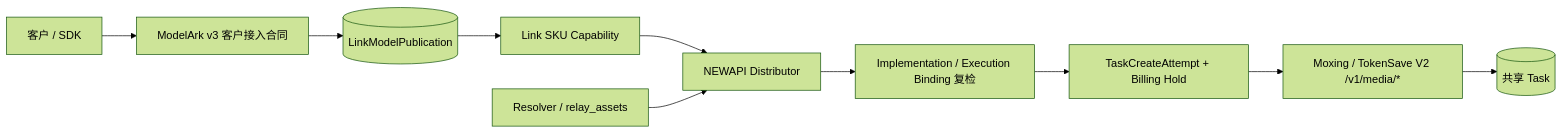
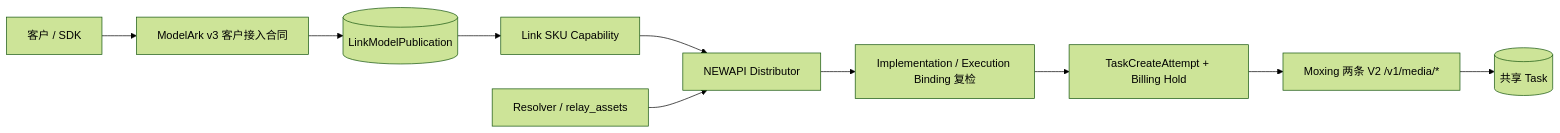
One commit to wuqiang44444444/new-api changed the diagram in docs/20-architecture/seedance 模型接入设计/墨行/01-模型线路与合同边界.md. Above: the diagram before and after it, drawn with Mermaid (forest theme). The commit also changed other lines of this file and 29 other files, not shown here.

````diff
--- a/docs/20-architecture/seedance 模型接入设计/墨行/01-模型线路与合同边界.md
+++ b/docs/20-architecture/seedance 模型接入设计/墨行/01-模型线路与合同边界.md
@@ -16,16 +21,16 @@
 ```mermaid
 flowchart LR
     Client["客户 / SDK"]
     Access["ModelArk v3 客户接入合同"]
     Publication[("LinkModelPublication")]
     Capability["Link SKU Capability"]
     Distributor["NEWAPI Distributor"]
     Binding["Implementation / Execution Binding 复检"]
     Attempt["TaskCreateAttempt + Billing Hold"]
-    Relay["Moxing / TokenSave V2 /v1/media/*"]
+    Relay["Moxing 两条 V2 /v1/media/*"]
     Task[("共享 Task")]
     Asset["Resolver / relay_assets"]
 
     Client --> Access --> Publication --> Capability --> Distributor --> Binding --> Attempt --> Relay --> Task
     Asset --> Distributor
 ```
````
